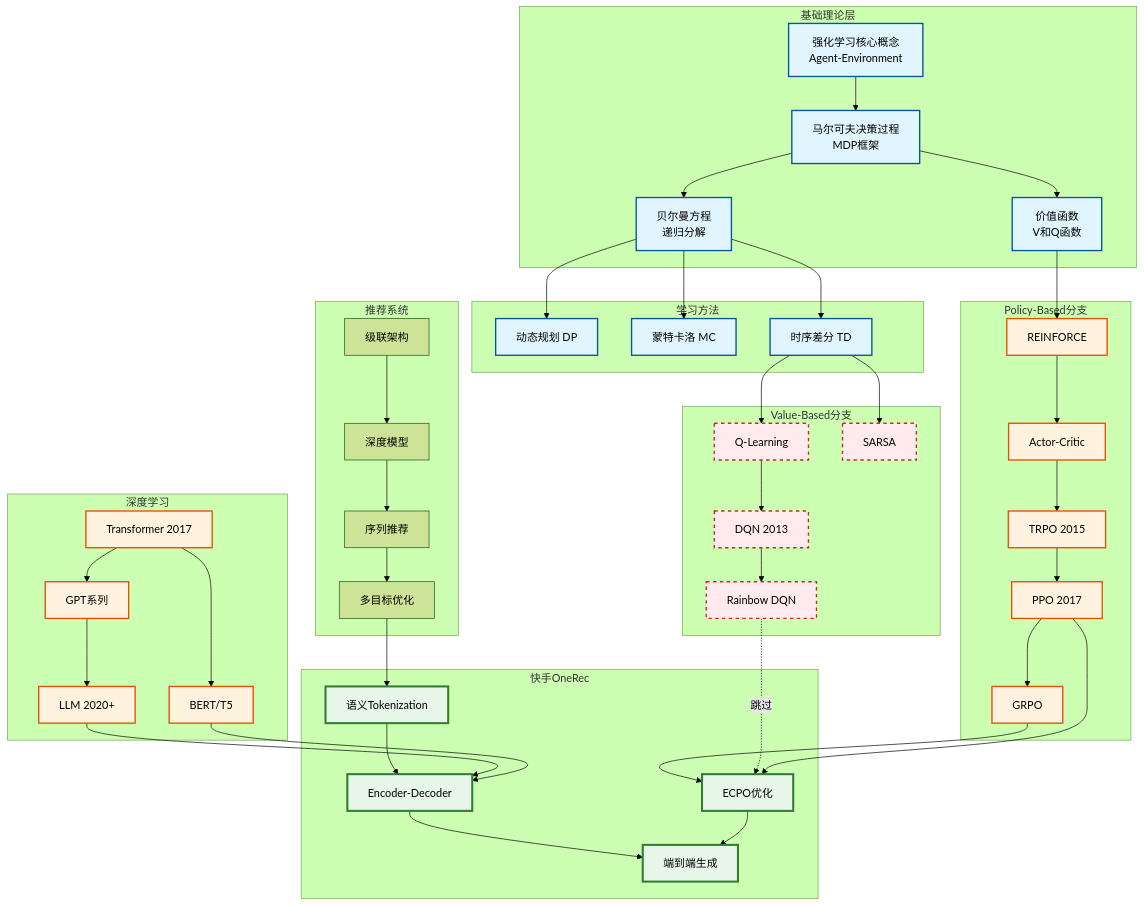
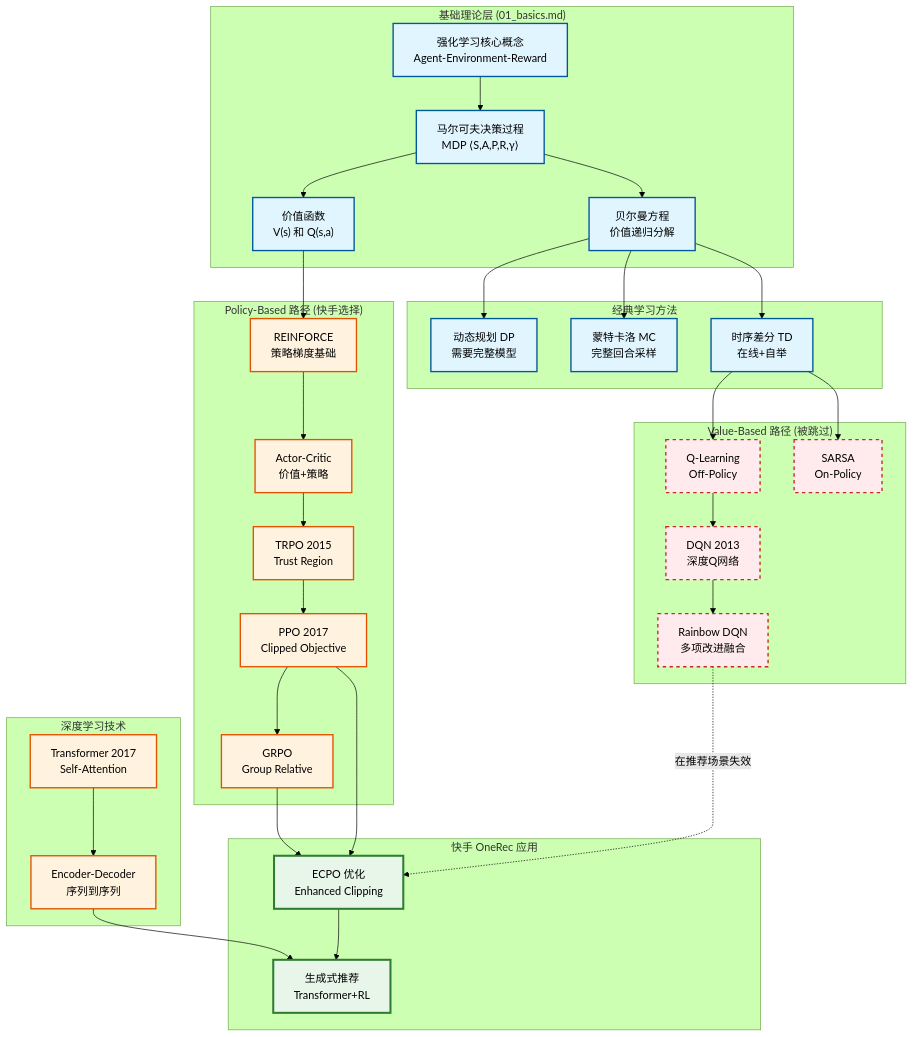
The first of 10 diagrams in theory/foundations/04_rl_evolution_to_onerec.md (konyellin-cyber/RL), drawn with Mermaid (forest theme) before and after one commit. The commit also changed other lines of this file, not shown here.

Commit message:
refactor: 简化演进图表，聚焦强化学习基础演进
- 移除推荐系统领域细节（级联架构、序列推荐等）
- 保留核心RL算法演进路径
- 突出Value-Based被跳过、Policy-Based被选择的逻辑
- 图表更加简洁清晰，专注于RL技术本身

````diff
--- a/theory/foundations/04_rl_evolution_to_onerec.md
+++ b/theory/foundations/04_rl_evolution_to_onerec.md
@@ -9,31 +9,31 @@
 ```mermaid
 graph TB
-    subgraph Theory["基础理论层"]
-        A["强化学习核心概念<br/>Agent-Environment"]
-        B["马尔可夫决策过程<br/>MDP框架"]
-        C["价值函数<br/>V和Q函数"]
-        D["贝尔曼方程<br/>递归分解"]
+    subgraph Theory["基础理论层 (01_basics.md)"]
+        A["强化学习核心概念<br/>Agent-Environment-Reward"]
+        B["马尔可夫决策过程<br/>MDP ⟨S,A,P,R,γ⟩"]
+        C["价值函数<br/>V(s) 和 Q(s,a)"]
+        D["贝尔曼方程<br/>价值递归分解"]
         
         A --> B
         B --> C
         B --> D
     end
     
-    subgraph Methods["学习方法"]
-        E["动态规划 DP"]
-        F["蒙特卡洛 MC"]
-        G["时序差分 TD"]
+    subgraph Methods["经典学习方法"]
+        E["动态规划 DP<br/>需要完整模型"]
+        F["蒙特卡洛 MC<br/>完整回合采样"]
+        G["时序差分 TD<br/>在线+自举"]
         
         D --> E
         D --> F
         D --> G
     end
     
-    subgraph ValueBased["Value-Based分支"]
-        H["Q-Learning"]
-        I["SARSA"]
-        J["DQN 2013"]
-        K["Rainbow DQN"]
+    subgraph ValueBased["Value-Based 路径 (被跳过)"]
+        H["Q-Learning<br/>Off-Policy"]
+        I["SARSA<br/>On-Policy"]
+        J["DQN 2013<br/>深度Q网络"]
+        K["Rainbow DQN<br/>多项改进融合"]
         
         G --> H
         G --> I
@@ -41,12 +41,12 @@
         J --> K
     end
     
-    subgraph PolicyBased["Policy-Based分支"]
-        L["REINFORCE"]
-        M["Actor-Critic"]
-        N["TRPO 2015"]
-        O["PPO 2017"]
-        P["GRPO"]
+    subgraph PolicyBased["Policy-Based 路径 (快手选择)"]
+        L["REINFORCE<br/>策略梯度基础"]
+        M["Actor-Critic<br/>价值+策略"]
+        N["TRPO 2015<br/>Trust Region"]
+        O["PPO 2017<br/>Clipped Objective"]
+        P["GRPO<br/>Group Relative"]
         
         C --> L
         L --> M
@@ -55,53 +55,33 @@
         O --> P
     end
     
-    subgraph DL["深度学习"]
-        Q["Transformer 2017"]
-        R["GPT系列"]
-        S["BERT/T5"]
-        T["LLM 2020+"]
+    subgraph Modern["深度学习技术"]
+        Q["Transformer 2017<br/>Self-Attention"]
+        R["Encoder-Decoder<br/>序列到序列"]
         
         Q --> R
-        Q --> S
-        R --> T
     end
     
-    subgraph RecSys["推荐系统"]
-        U["级联架构"]
-        V["深度模型"]
-        W["序列推荐"]
-        X["多目标优化"]
+    subgraph OneRec["快手 OneRec 应用"]
+        S["ECPO 优化<br/>Enhanced Clipping"]
+        T["生成式推荐<br/>Transformer+RL"]
         
-        U --> V
-        V --> W
-        W --> X
+        P --> S
+        R --> T
+        S --> T
     end
     
-    subgraph OneRec["快手OneRec"]
-        Y["语义Tokenization"]
-        Z["Encoder-Decoder"]
-        AA["ECPO优化"]
-        AB["端到端生成"]
-        
-        Y --> Z
-        Z --> AB
-        P --> AA
-        AA --> AB
-    end
-    
-    K -.跳过.-> AA
-    O --> AA
-    T --> Z
-    S --> Z
-    X --> Y
+    K -.在推荐场景失效.-> S
+    O --> S
     
     classDef traditional fill:#e1f5ff,stroke:#01579b,stroke-width:2px
+    classDef skipped fill:#ffebee,stroke:#c62828,stroke-width:2px,stroke-dasharray:5 5
     classDef modern fill:#fff3e0,stroke:#e65100,stroke-width:2px
     classDef onerec fill:#e8f5e9,stroke:#2e7d32,stroke-width:3px
-    classDef skipped fill:#ffebee,stroke:#c62828,stroke-width:2px,stroke-dasharray:5 5
     
     class A,B,C,D,E,F,G traditional
     class H,I,J,K skipped
-    class L,M,N,O,P,Q,R,S,T modern
-    class Y,Z,AA,AB onerec
+    class L,M,N,O,P modern
+    class Q,R modern
+    class S,T onerec
 ```
````
